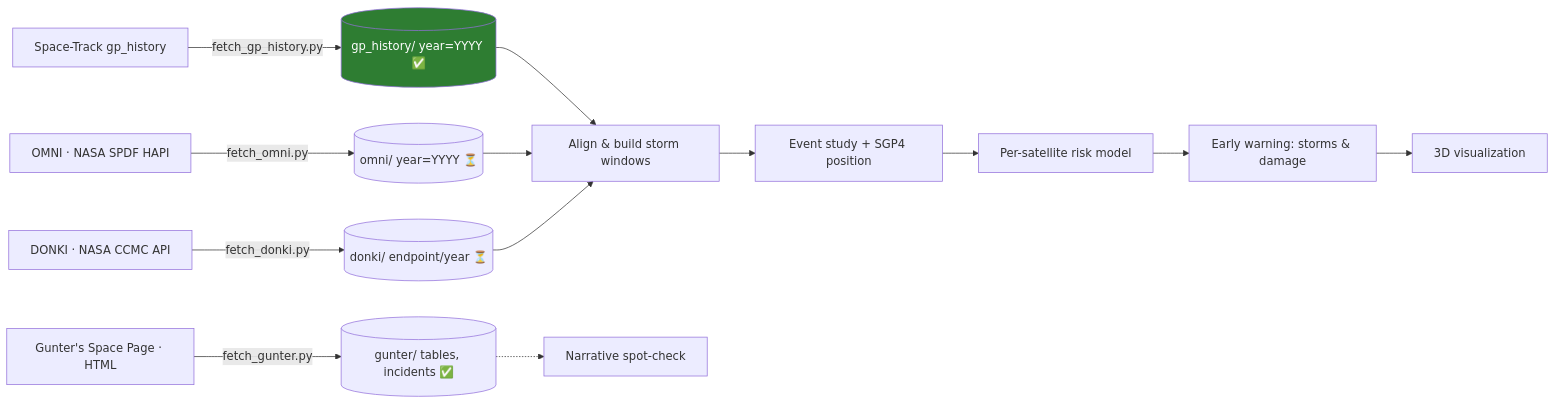
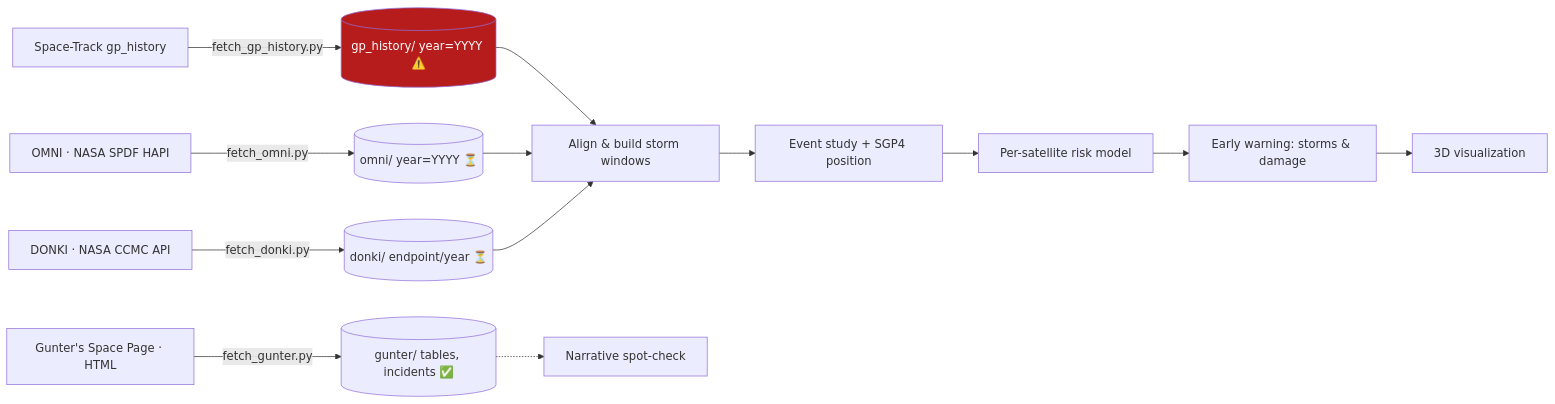
The diagram in README.md (pxtroniwnl/cme-sentinel), drawn with Mermaid before and after one commit. The commit also changed other lines of this file and 2 other files, not shown here.

First line of the commit message:
Correct the Stage 0 data status: gp_history is not on disk

````diff
--- a/README.md
+++ b/README.md
@@ -83,14 +83,14 @@
 ```mermaid
 flowchart LR
-    A[Space-Track gp_history] -->|fetch_gp_history.py| P1[(gp_history/ year=YYYY ✅)]
+    A[Space-Track gp_history] -->|fetch_gp_history.py| P1[(gp_history/ year=YYYY ⚠️)]
     C[OMNI · NASA SPDF HAPI] -->|fetch_omni.py| P2[(omni/ year=YYYY ⏳)]
     E[DONKI · NASA CCMC API] -->|fetch_donki.py| P3[(donki/ endpoint/year ⏳)]
     G[Gunter's Space Page · HTML] -->|fetch_gunter.py| P4[(gunter/ tables, incidents ✅)]
     P1 & P2 & P3 --> I[Align & build storm windows]
     I --> J[Event study + SGP4 position]
     J --> K[Per-satellite risk model]
     K --> L[Early warning: storms & damage]
     L --> M[3D visualization]
     P4 -.-> N[Narrative spot-check]
-    style P1 fill:#2e7d32,color:#fff
+    style P1 fill:#b71c1c,color:#fff
 ```
````
